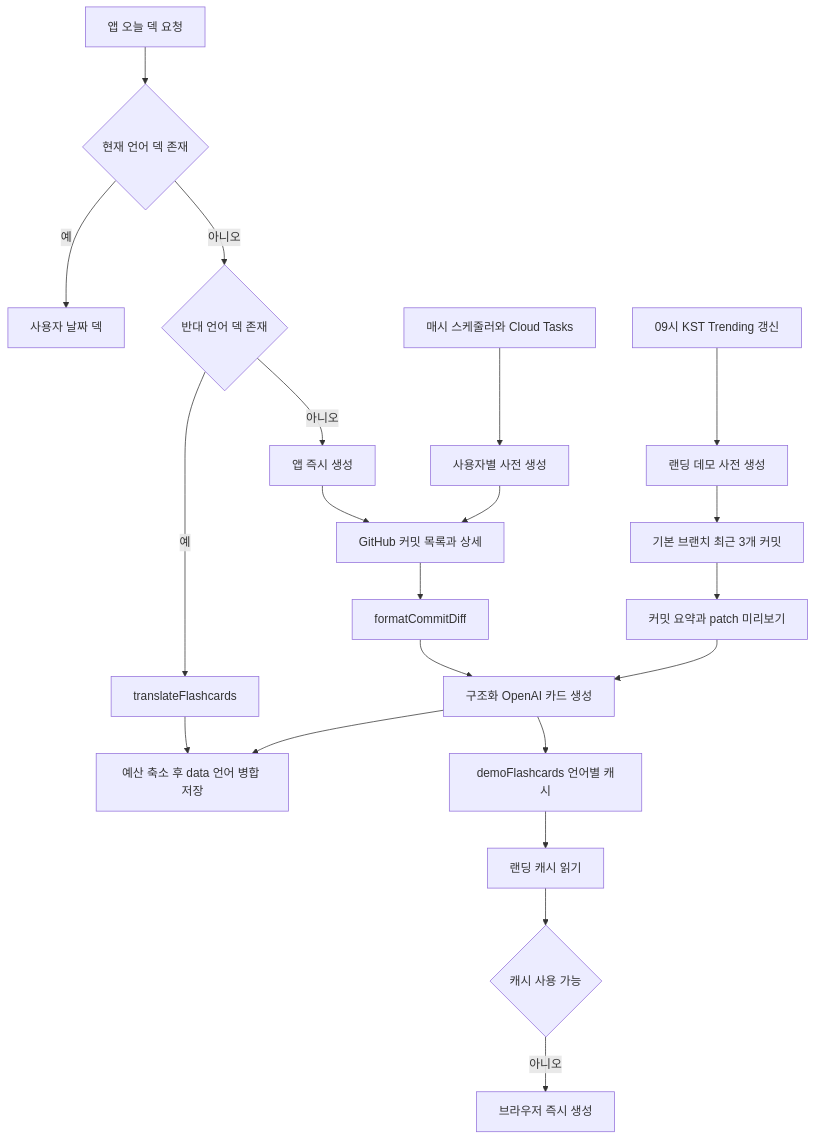
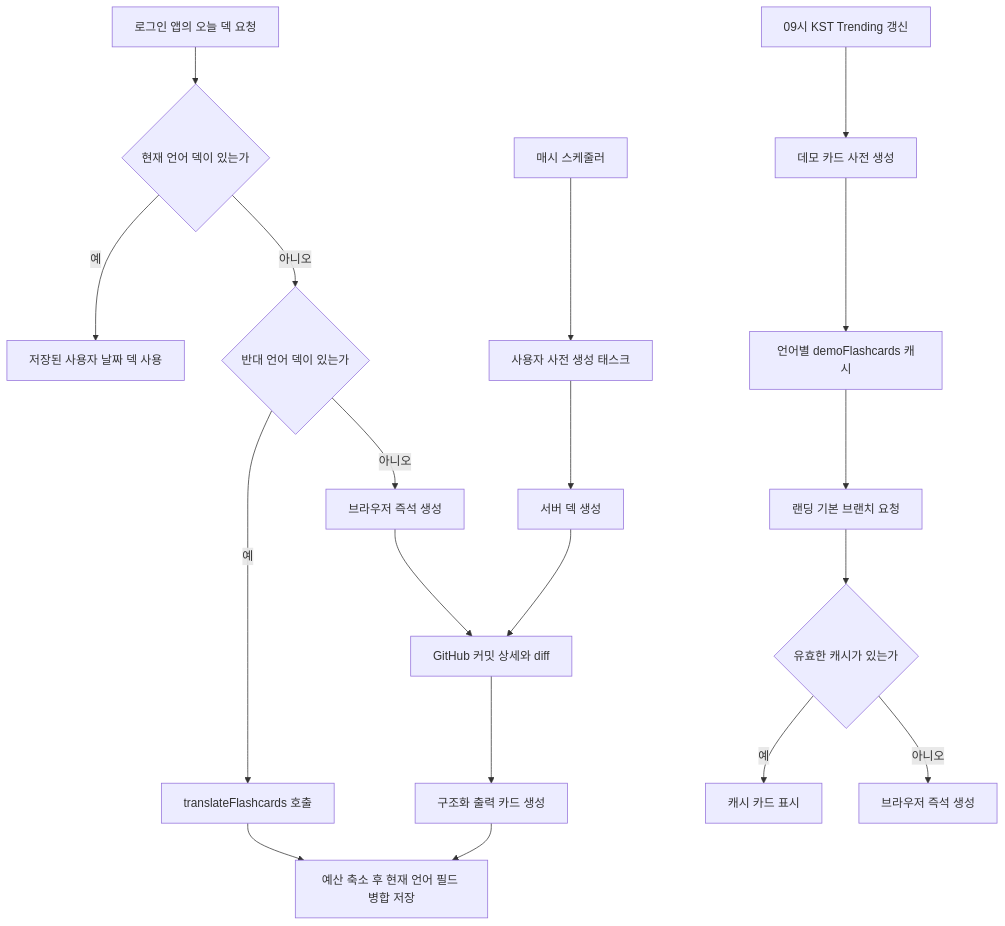
Before and after one commit to chucoding/code-recall: the first of 2 diagrams in openwiki/flashcard/generation-paths.md, drawn with Mermaid. The commit also changed other lines of this file and 26 other files, not shown here.

````diff
--- a/openwiki/flashcard/generation-paths.md
+++ b/openwiki/flashcard/generation-paths.md
@@ -51,23 +55,21 @@
 ```mermaid
 flowchart TD
-  App["앱 오늘 덱 요청"] --> ReadDeck{"현재 언어 덱 존재"}
-  ReadDeck -->|"예"| UserStore["사용자 날짜 덱"]
-  ReadDeck -->|"아니오"| OtherDeck{"반대 언어 덱 존재"}
-  OtherDeck -->|"예"| Translate["translateFlashcards"]
-  Translate --> Fit["예산 축소 후 data 언어 병합 저장"]
-  OtherDeck -->|"아니오"| Instant["앱 즉시 생성"]
-  Scheduler["매시 스케줄러와 Cloud Tasks"] --> PreGen["사용자별 사전 생성"]
-  Instant --> GitUser["GitHub 커밋 목록과 상세"]
-  PreGen --> GitUser
-  GitUser --> Diff["formatCommitDiff"]
-  Diff --> Generate["구조화 OpenAI 카드 생성"]
-  Generate --> Fit
-  Trending["09시 KST Trending 갱신"] --> DemoGen["랜딩 데모 사전 생성"]
-  DemoGen --> GitDemo["기본 브랜치 최근 3개 커밋"]
-  GitDemo --> DemoPrompt["커밋 요약과 patch 미리보기"]
-  DemoPrompt --> Generate
-  Generate --> DemoStore["demoFlashcards 언어별 캐시"]
-  DemoStore --> Landing["랜딩 캐시 읽기"]
-  Landing --> CacheMiss{"캐시 사용 가능"}
-  CacheMiss -->|"아니오"| DemoFallback["브라우저 즉시 생성"]
+  Start["로그인 앱의 오늘 덱 요청"] --> Current{"현재 언어 덱이 있는가"}
+  Current -->|"예"| Read["저장된 사용자 날짜 덱 사용"]
+  Current -->|"아니오"| Other{"반대 언어 덱이 있는가"}
+  Other -->|"예"| Translate["translateFlashcards 호출"]
+  Translate --> Merge["예산 축소 후 현재 언어 필드 병합 저장"]
+  Other -->|"아니오"| Client["브라우저 즉석 생성"]
+  Scheduler["매시 스케줄러"] --> Task["사용자 사전 생성 태스크"]
+  Task --> Server["서버 덱 생성"]
+  Client --> Commit["GitHub 커밋 상세와 diff"]
+  Server --> Commit
+  Commit --> AI["구조화 출력 카드 생성"]
+  AI --> Merge
+  Trending["09시 KST Trending 갱신"] --> Demo["데모 카드 사전 생성"]
+  Demo --> DemoStore["언어별 demoFlashcards 캐시"]
+  DemoStore --> Landing["랜딩 기본 브랜치 요청"]
+  Landing --> Cache{"유효한 캐시가 있는가"}
+  Cache -->|"예"| Cached["캐시 카드 표시"]
+  Cache -->|"아니오"| Fallback["브라우저 즉석 생성"]
 ```
````
